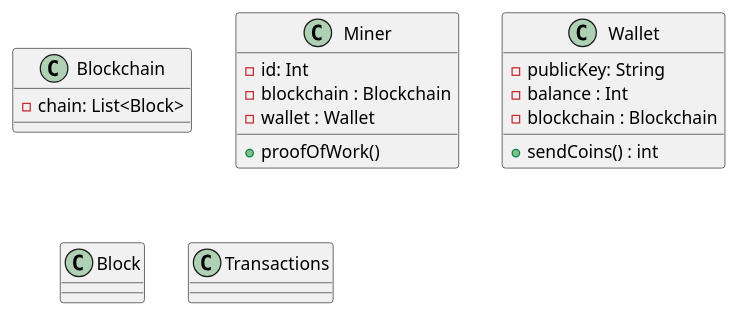
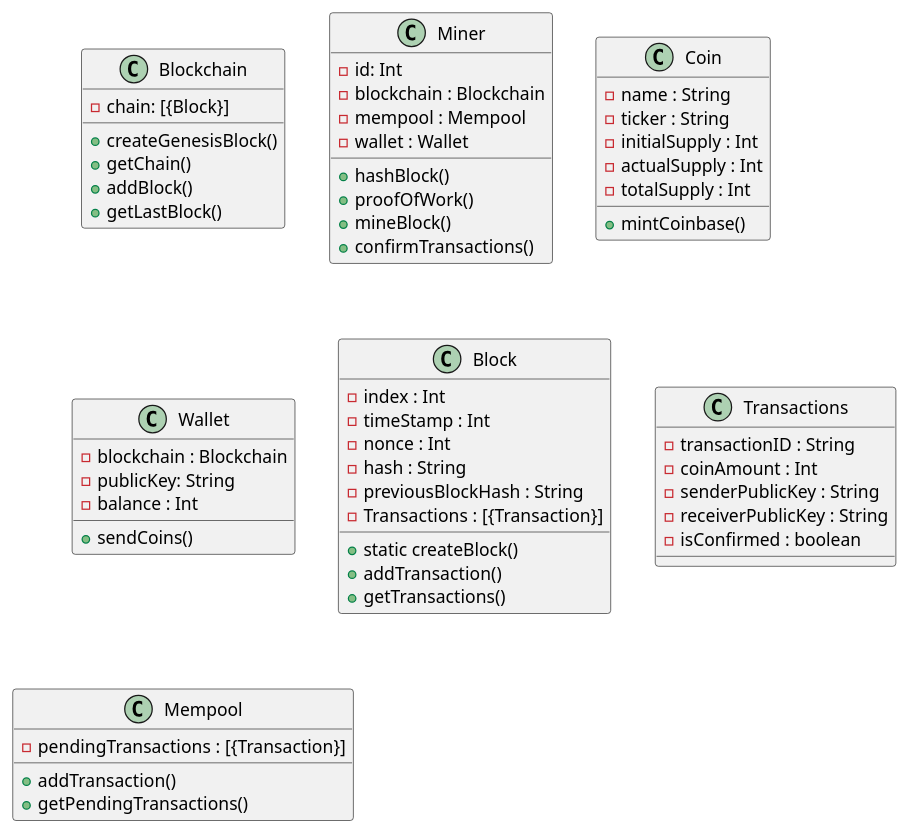
Before and after one commit to valleria-web/AE: the diagram in blockchainv1.plantUML, drawn with PlantUML. The commit also changed 32 other files, not shown here.

```diff
--- a/blockchainv1.plantUML
+++ b/blockchainv1.plantUML
@@ -1,27 +1,64 @@
 @startuml blockchainV1 
 
 class Blockchain {
-  - chain: List<Block>
+  - chain: [{Block}]
+  + createGenesisBlock()
+  + getChain()
+  + addBlock()
+  + getLastBlock()
 }
 
 class Miner {
   - id: Int
   - blockchain : Blockchain
+  - mempool : Mempool
   - wallet : Wallet
+  + hashBlock()
   + proofOfWork()
+  + mineBlock()
+  + confirmTransactions()
+}
+
+class Coin{
+  - name : String
+  - ticker : String
+  - initialSupply : Int
+  - actualSupply : Int
+  - totalSupply : Int
+  + mintCoinbase() 
 }
 
 class Wallet  {
+  - blockchain : Blockchain
   - publicKey: String
   - balance : Int
-  - blockchain : Blockchain
-  + sendCoins() : int
+  + sendCoins()
 }
 
 class Block{
+  - index : Int
+  - timeStamp : Int
+  - nonce : Int
+  - hash : String
+  - previousBlockHash : String
+  - Transactions : [{Transaction}]
+  + static createBlock()
+  + addTransaction()
+  + getTransactions()
 }
 
 class Transactions {
+  - transactionID : String
+  - coinAmount : Int
+  - senderPublicKey : String
+  - receiverPublicKey : String
+  - isConfirmed : boolean
+}
+
+class Mempool{
+  - pendingTransactions : [{Transaction}]
+  + addTransaction()
+  + getPendingTransactions()
 }
 
 @enduml
```
